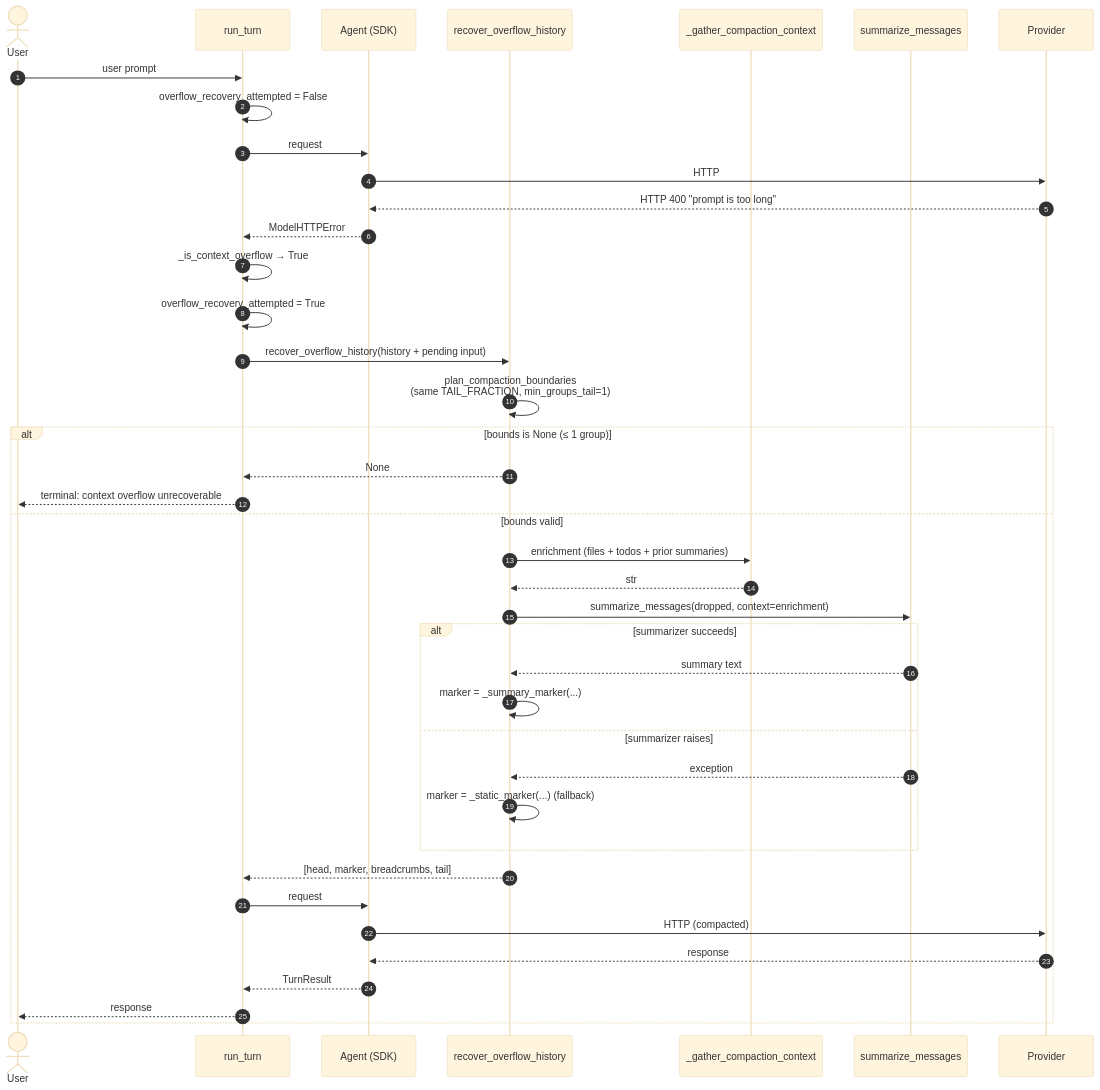
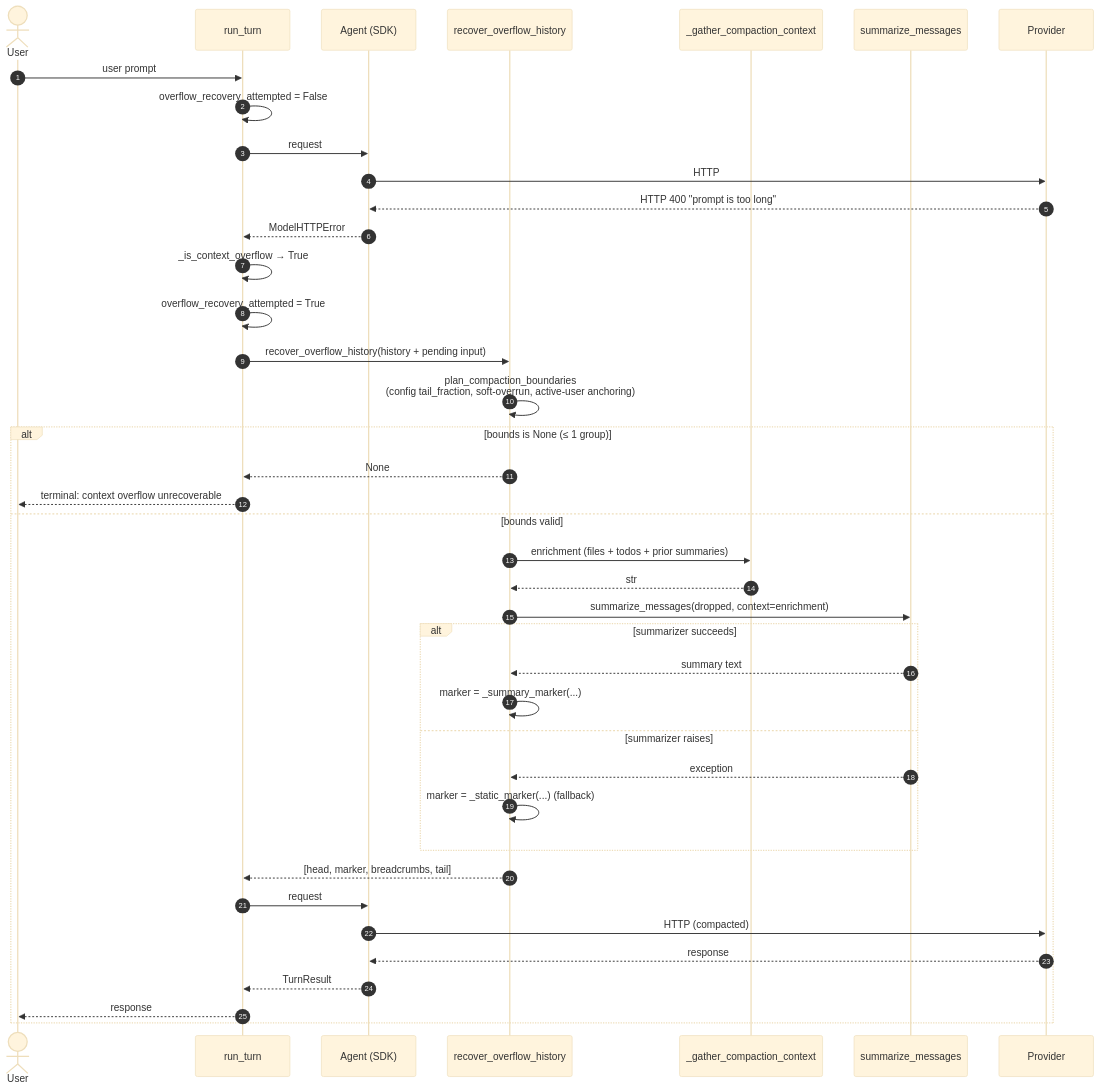
The third of 7 diagrams in docs/specs/compaction.md (binlecode/co-cli), drawn with Mermaid (base theme) before and after one commit. The commit also changed other lines of this file and 15 other files, not shown here.

````diff
--- a/docs/specs/compaction.md
+++ b/docs/specs/compaction.md
@@ -141,43 +141,43 @@
 ```mermaid
 sequenceDiagram
     autonumber
     actor U as User
     participant RT as run_turn
     participant AG as Agent (SDK)
     participant R as recover_overflow_history
     participant E as _gather_compaction_context
     participant S as summarize_messages
     participant M as Provider
 
     U->>RT: user prompt
     RT->>RT: overflow_recovery_attempted = False
     RT->>AG: request #1
     AG->>M: HTTP
     M-->>AG: HTTP 400 "prompt is too long"
     AG-->>RT: ModelHTTPError
     RT->>RT: _is_context_overflow → True
     RT->>RT: overflow_recovery_attempted = True
     RT->>R: recover_overflow_history(history + pending input)
-    R->>R: plan_compaction_boundaries<br/>(same TAIL_FRACTION, min_groups_tail=1)
+    R->>R: plan_compaction_boundaries<br/>(config tail_fraction, soft-overrun, active-user anchoring)
     alt bounds is None (≤ 1 group)
         R-->>RT: None
         RT-->>U: terminal: context overflow unrecoverable
     else bounds valid
         R->>E: enrichment (files + todos + prior summaries)
         E-->>R: str
         R->>S: summarize_messages(dropped, context=enrichment)
         alt summarizer succeeds
             S-->>R: summary text
             R->>R: marker = _summary_marker(...)
         else summarizer raises
             S-->>R: exception
             R->>R: marker = _static_marker(...) (fallback)
         end
         R-->>RT: [head, marker, breadcrumbs, tail]
         RT->>AG: request #2 (retry)
         AG->>M: HTTP (compacted)
         M-->>AG: response
         AG-->>RT: TurnResult
         RT-->>U: response
     end
 ```
````
